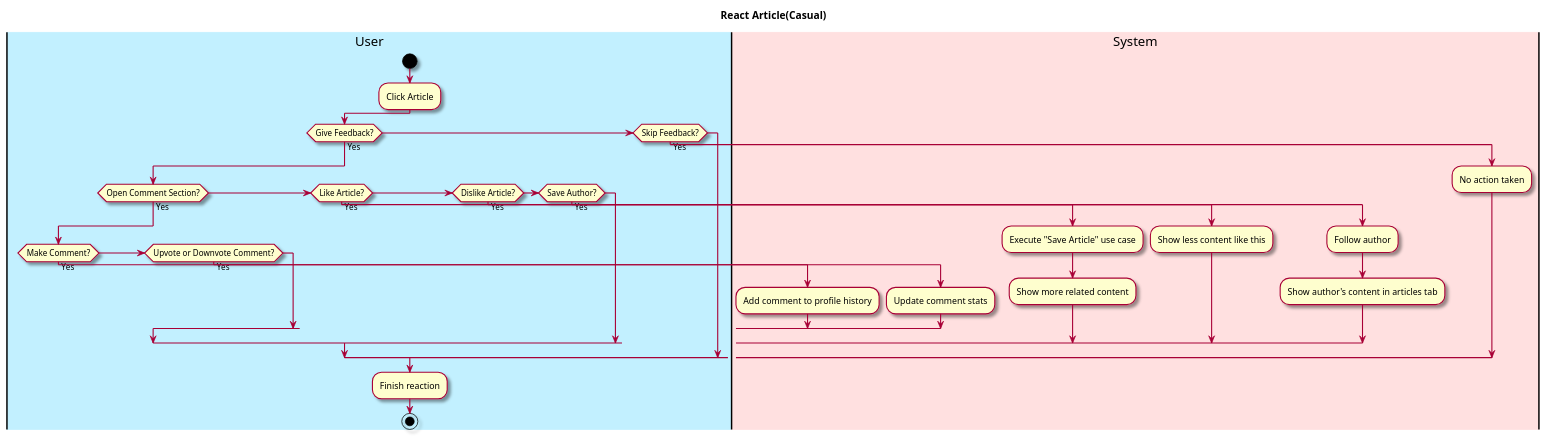
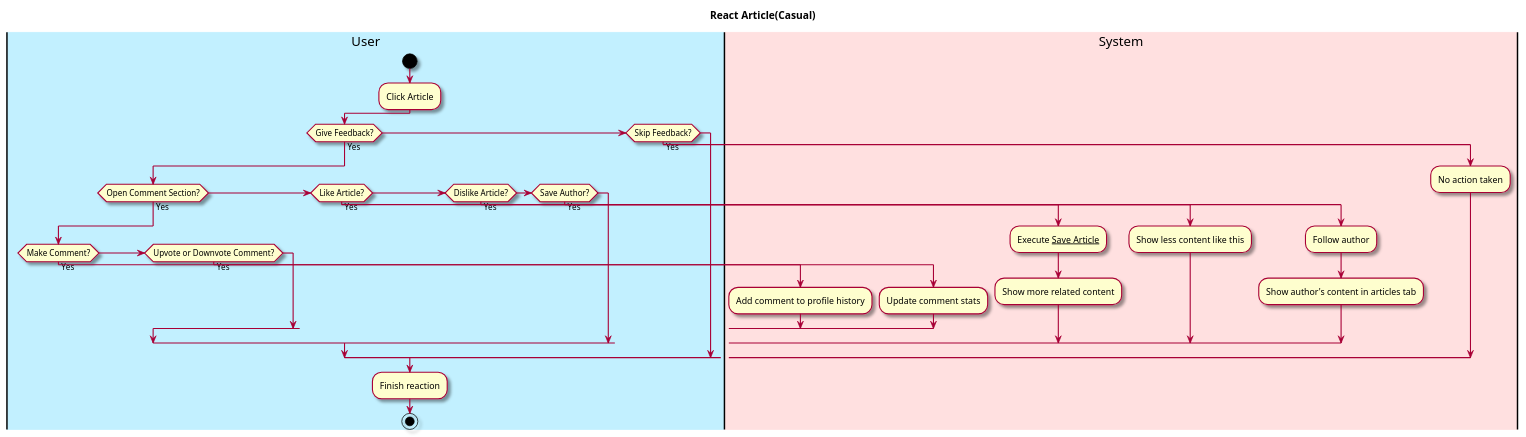
Before and after one commit to owhitleym-ui/EcoScoop: the diagram in intellij/doc/Functional Specification/react-article.md, drawn with PlantUML. The commit also changed 3 other files, not shown here.

````diff
--- a/intellij/doc/Functional Specification/react-article.md
+++ b/intellij/doc/Functional Specification/react-article.md
@@ -27,49 +27,49 @@
 ```plantuml
 @startuml
 
 skin rose
 
 title React Article(Casual)
 
 'define the lanes
 |#application|User|
 |#implementation|System|
 
 |User|
 start
 :Click Article;
 
 if (Give Feedback?) then (Yes)
 
     if (Open Comment Section?) then (Yes)
         if (Make Comment?) then (Yes)
             |System|
             :Add comment to profile history;
         elseif (Upvote or Downvote Comment?) then (Yes)
             |System|
             :Update comment stats;
         endif
     elseif (Like Article?) then (Yes)
         |System|
-        :Execute "Save Article" use case;
+        :Execute __Save Article__;
         :Show more related content;
     elseif (Dislike Article?) then (Yes)
         |System|
         :Show less content like this;
     elseif (Save Author?) then (Yes)
         |System|
         :Follow author;
         :Show author's content in articles tab;
     endif
 
 elseif (Skip Feedback?) then (Yes)
     |System|
     :No action taken;
 endif
 
 |User|
 :Finish reaction;
 
 stop
 @enduml
 ```
````
